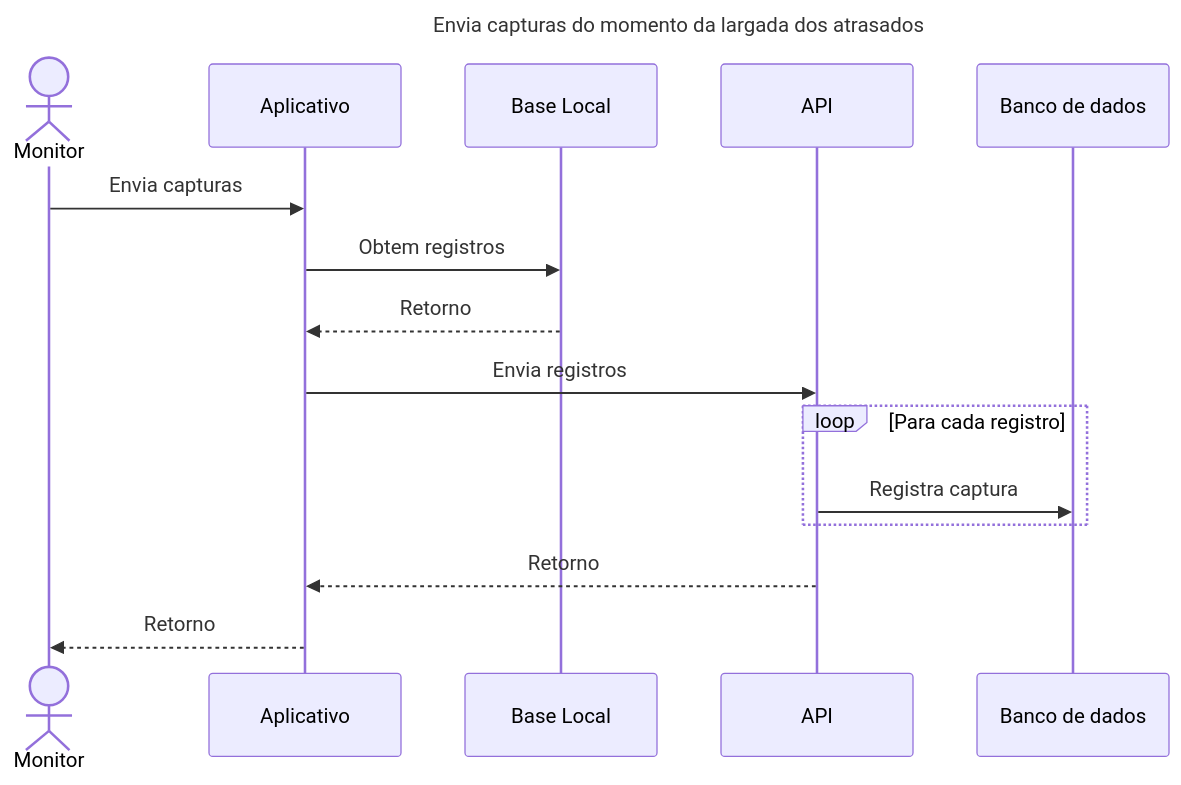
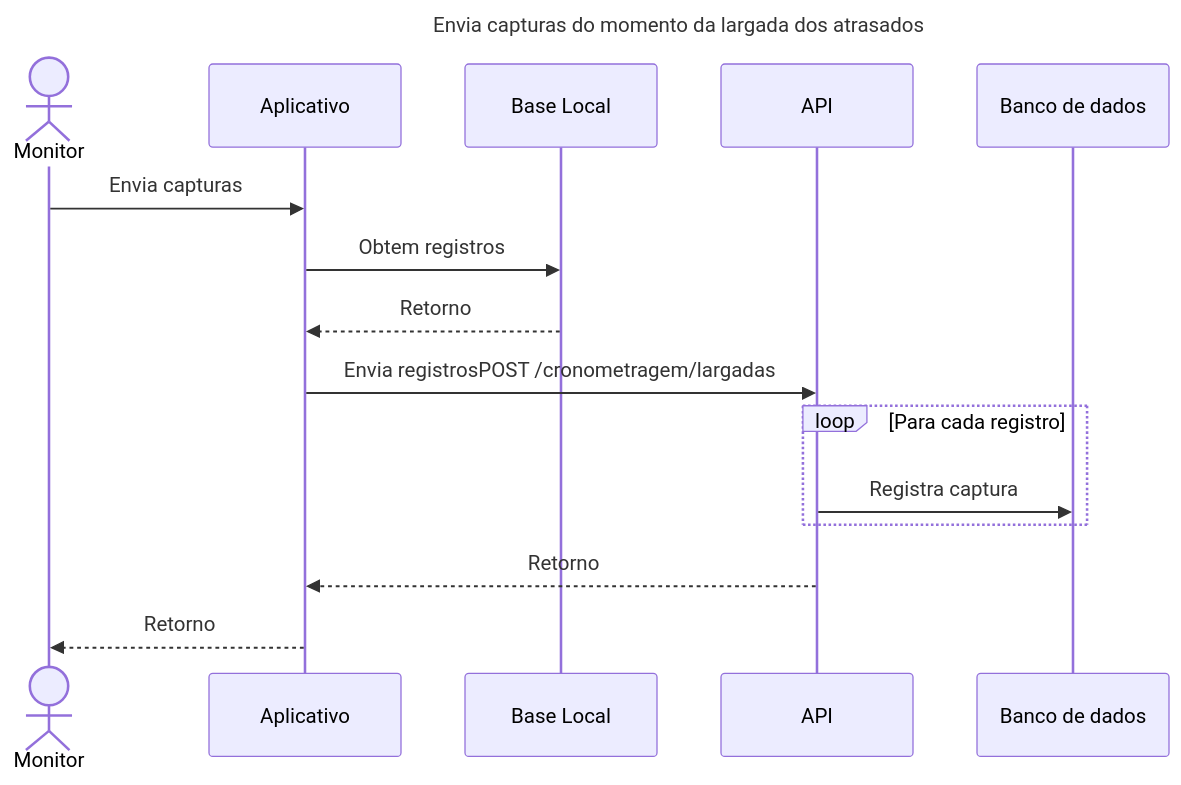
One commit to brgilsonsp/corrida_familia_piba changed the diagram in designer/diagrams/features/send_capture_moment_exit.md. Above: the diagram before and after it, drawn with Mermaid. The commit also changed 9 other files, not shown here.

````diff
--- a/designer/diagrams/features/send_capture_moment_exit.md
+++ b/designer/diagrams/features/send_capture_moment_exit.md
@@ -1,20 +1,20 @@
 ```mermaid
 sequenceDiagram
     title Envia capturas do momento da largada dos atrasados
 
     actor Monitor as Monitor
     participant Aplicativo as Aplicativo
     participant DB_LOCAL as Base Local
     participant API as API
     participant DB as Banco de dados
 
     Monitor->>Aplicativo: Envia capturas
     Aplicativo->>DB_LOCAL: Obtem registros
     DB_LOCAL-->>Aplicativo: Retorno
-    Aplicativo->>API: Envia registros
+    Aplicativo->>API: Envia registrosPOST /cronometragem/largadas
     loop Para cada registro
         API->>DB: Registra captura
     end
     API-->>Aplicativo: Retorno
     Aplicativo-->>Monitor: Retorno
 ```
````
